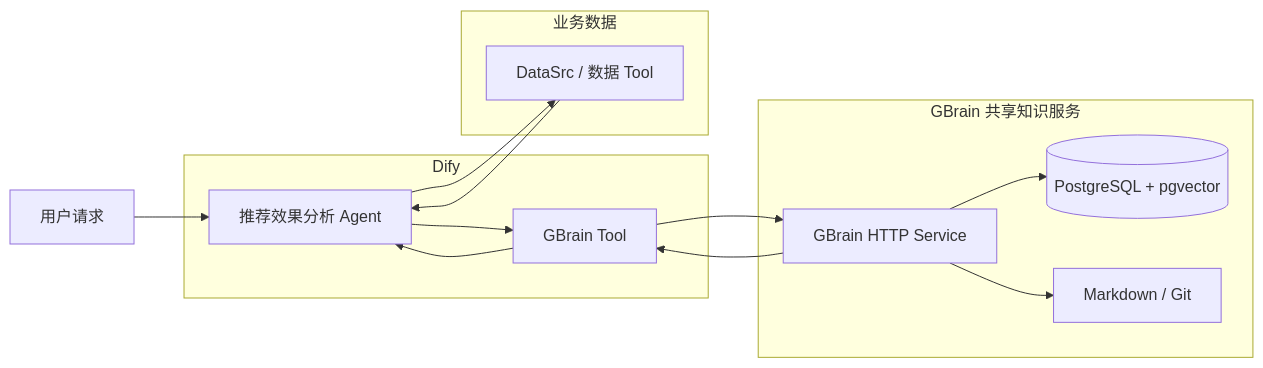
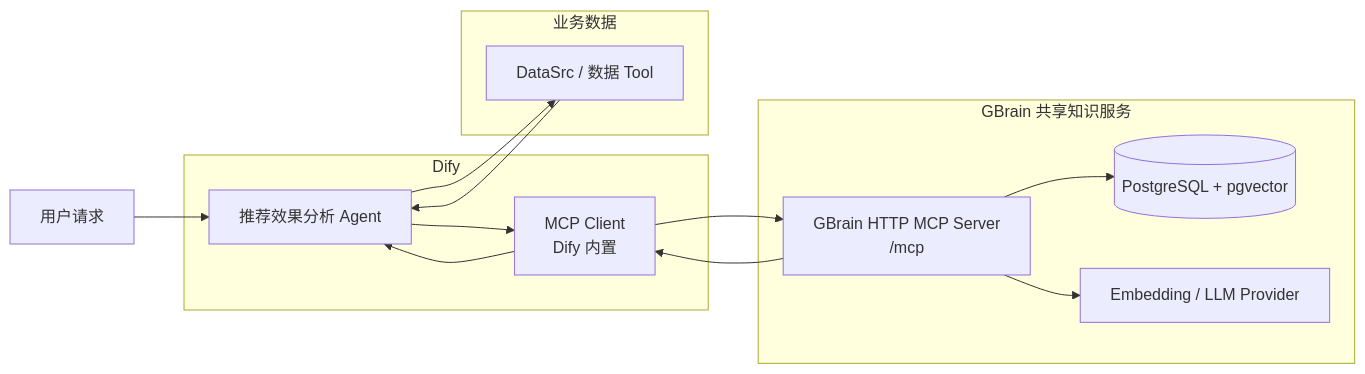
One commit to sgfd-ui/internship changed the second of 7 diagrams in weekly-report/gbrain-dify-shared-knowledge.md. Above: the diagram before and after it, drawn with Mermaid. The commit also changed other lines of this file, not shown here.

Commit message:
refine GBrain MCP integration and deployment

````diff
--- a/weekly-report/gbrain-dify-shared-knowledge.md
+++ b/weekly-report/gbrain-dify-shared-knowledge.md
@@ -64,27 +64,30 @@
 ```mermaid
 flowchart LR
     U[用户请求]
 
     subgraph D[Dify]
         A[推荐效果分析 Agent]
-        GT[GBrain Tool]
+        MC[MCP Client\nDify 内置]
     end
 
     subgraph B[业务数据]
         DS[DataSrc / 数据 Tool]
     end
 
     subgraph G[GBrain 共享知识服务]
-        API[GBrain HTTP Service]
+        MS[GBrain HTTP MCP Server\n/mcp]
         DB[(PostgreSQL + pgvector)]
-        MD[Markdown / Git]
+        M[Embedding / LLM Provider]
     end
 
     U --> A
     A --> DS
-    A --> GT --> API
-    API --> DB
-    API --> MD
     DS --> A
-    API --> GT --> A
+
+    A --> MC
+    MC --> MS
+    MS --> DB
+    MS --> M
+    MS --> MC
+    MC --> A
 ```
````
